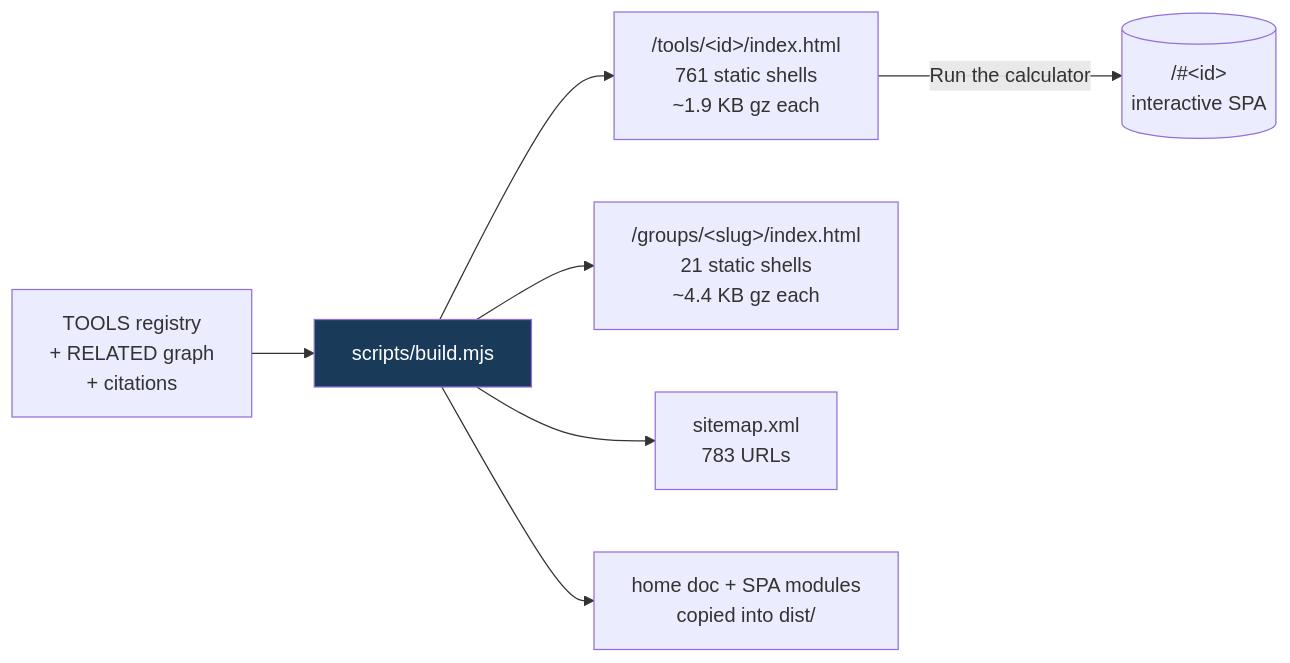
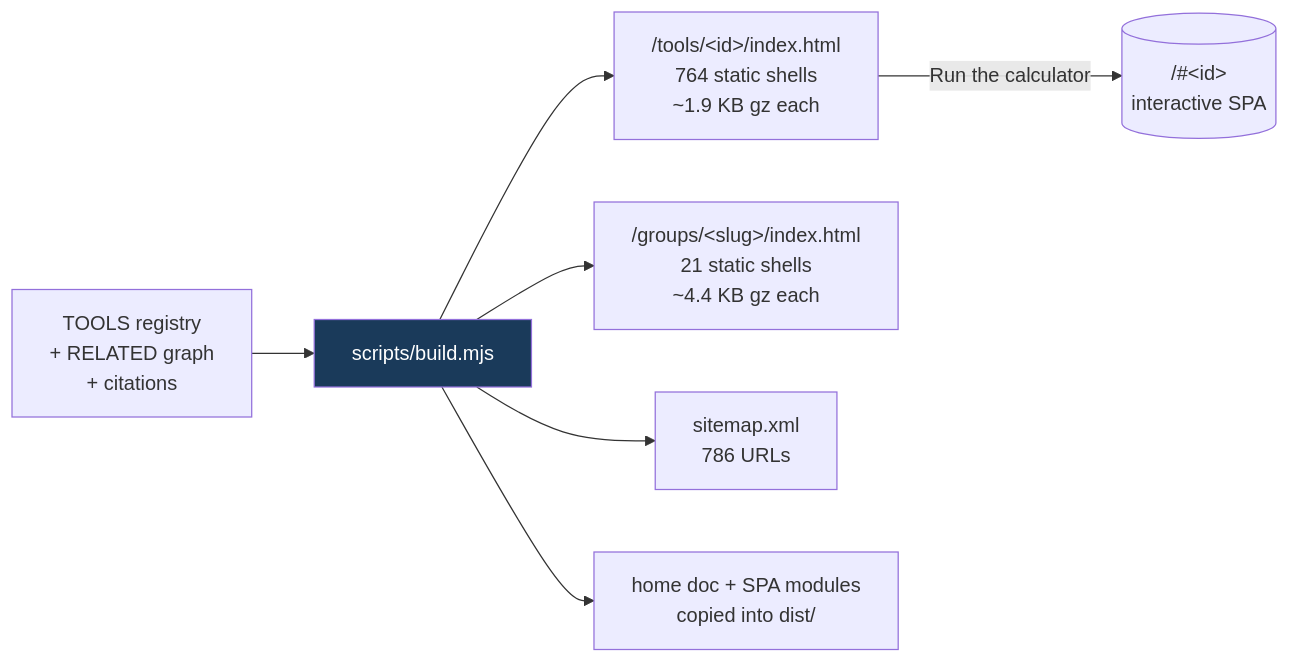
Before and after one commit to clay-good/roughlogic.com: the fifth of 8 diagrams in README.md, drawn with Mermaid. The commit also changed other lines of this file and 20 other files, not shown here.

````diff
--- a/README.md
+++ b/README.md
@@ -495,10 +495,10 @@
 ```mermaid
 flowchart LR
     SRC[TOOLS registry\n+ RELATED graph\n+ citations] --> BUILD[scripts/build.mjs]
-    BUILD --> TILE["/tools/&lt;id&gt;/index.html\n761 static shells\n~1.9 KB gz each"]
+    BUILD --> TILE["/tools/&lt;id&gt;/index.html\n764 static shells\n~1.9 KB gz each"]
     BUILD --> GROUP["/groups/&lt;slug&gt;/index.html\n21 static shells\n~4.4 KB gz each"]
-    BUILD --> MAP["sitemap.xml\n783 URLs"]
+    BUILD --> MAP["sitemap.xml\n786 URLs"]
     BUILD --> COPY[home doc + SPA modules\ncopied into dist/]
     TILE -->|Run the calculator| SPA[("/#&lt;id&gt;\ninteractive SPA")]
     style BUILD fill:#1a3a5a,color:#fff
 ```
````
